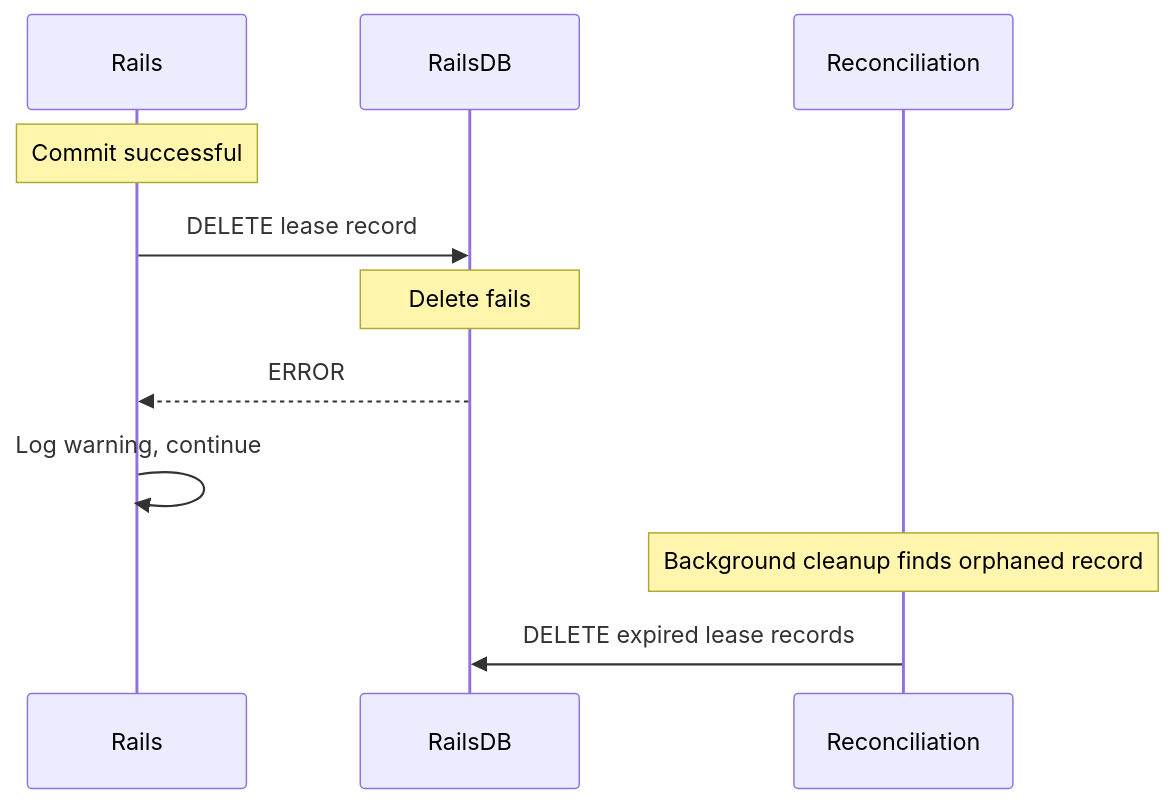
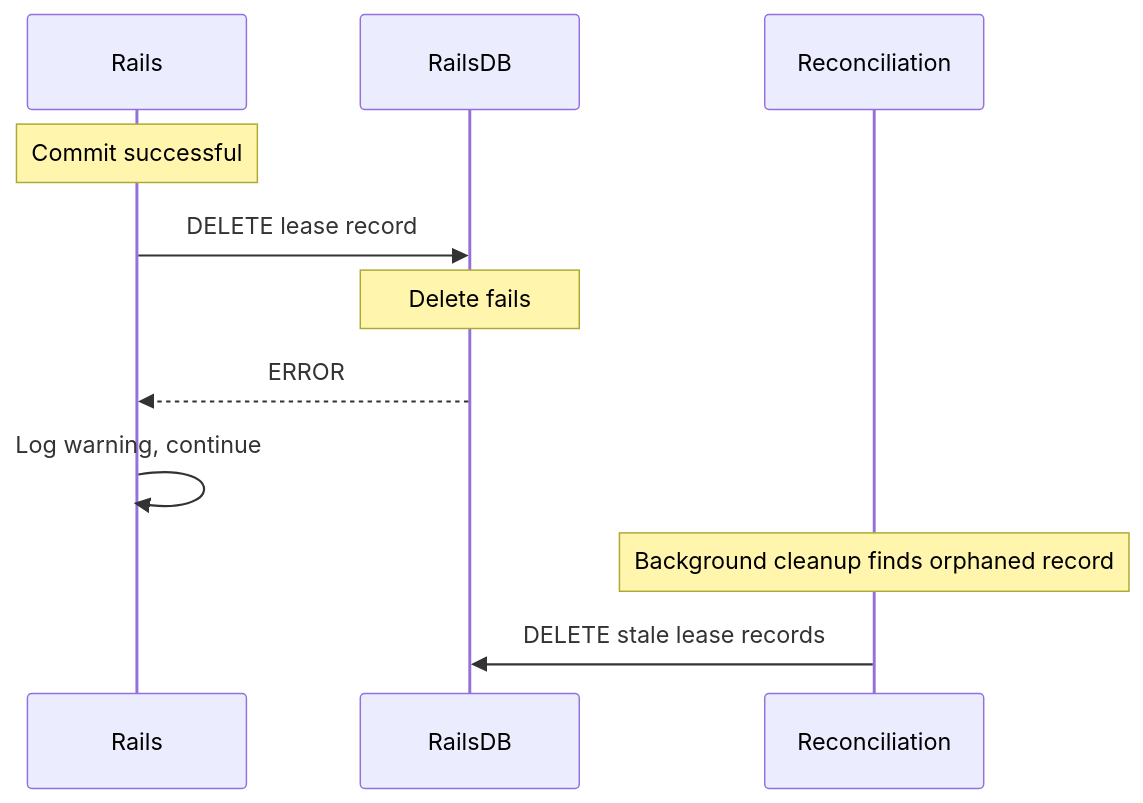
Before and after one commit to zalyoung/gitlab-handbook: the tenth of 10 diagrams in content/handbook/engineering/architecture/design-documents/cells/topology_service_transactional_behavior.md, drawn with Mermaid. The commit also changed other lines of this file, not shown here.

````diff
--- a/content/handbook/engineering/architecture/design-documents/cells/topology_service_transactional_behavior.md
+++ b/content/handbook/engineering/architecture/design-documents/cells/topology_service_transactional_behavior.md
@@ -735,15 +984,15 @@
 ```mermaid
 sequenceDiagram
     participant Rails
     participant RailsDB
     participant Reconciliation
     
     Note over Rails: Commit successful
     Rails->>RailsDB: DELETE lease record
     Note over RailsDB: Delete fails
     RailsDB-->>Rails: ERROR
     Rails->>Rails: Log warning, continue
     
     Note over Reconciliation: Background cleanup finds orphaned record
-    Reconciliation->>RailsDB: DELETE expired lease records
+    Reconciliation->>RailsDB: DELETE stale lease records
 ```
````
